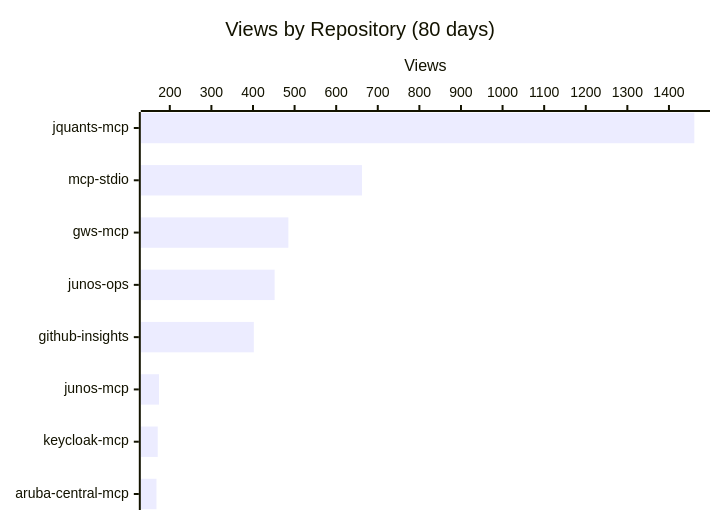
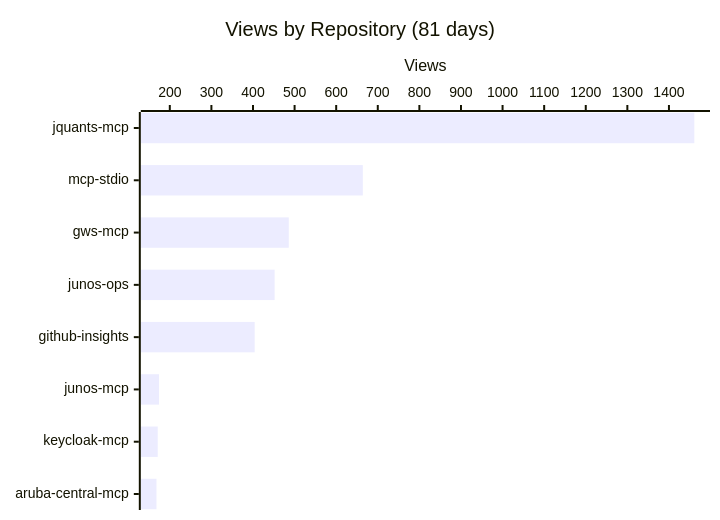
One commit to shigechika/github-insights changed the first of 3 diagrams in README.md. Above: the diagram before and after it, drawn with Mermaid. The commit also changed other lines of this file and 2 other files, not shown here.

````diff
--- a/README.md
+++ b/README.md
@@ -18,7 +18,7 @@
 ```mermaid
 xychart-beta horizontal
-    title "Views by Repository (80 days)"
+    title "Views by Repository (81 days)"
     x-axis ["jquants-mcp", "mcp-stdio", "gws-mcp", "junos-ops", "github-insights", "junos-mcp", "keycloak-mcp", "aruba-central-mcp"]
     y-axis "Views"
-    bar [1461, 662, 485, 452, 402, 174, 171, 168]
+    bar [1461, 664, 486, 452, 404, 174, 171, 168]
 ```
````
